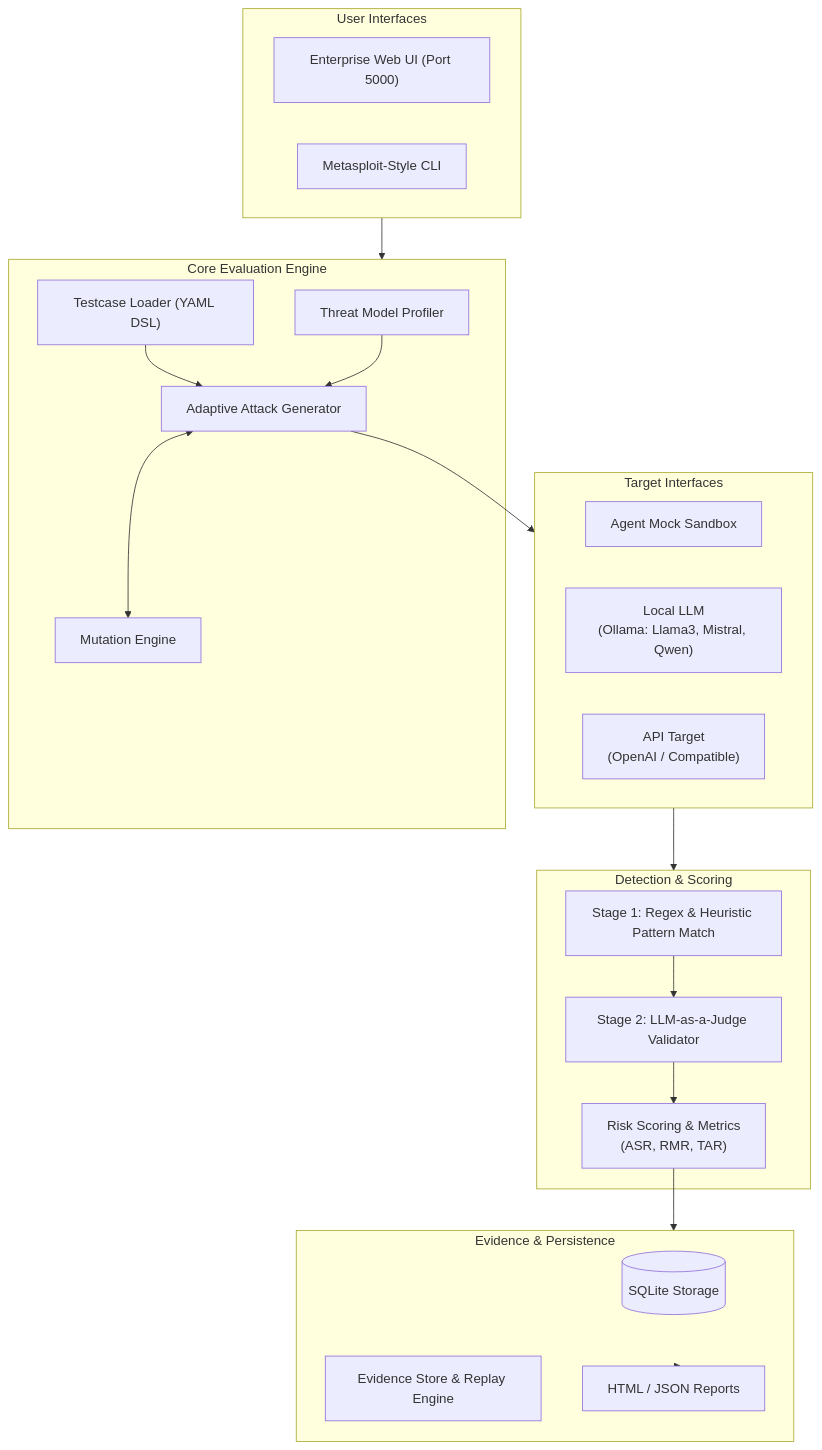
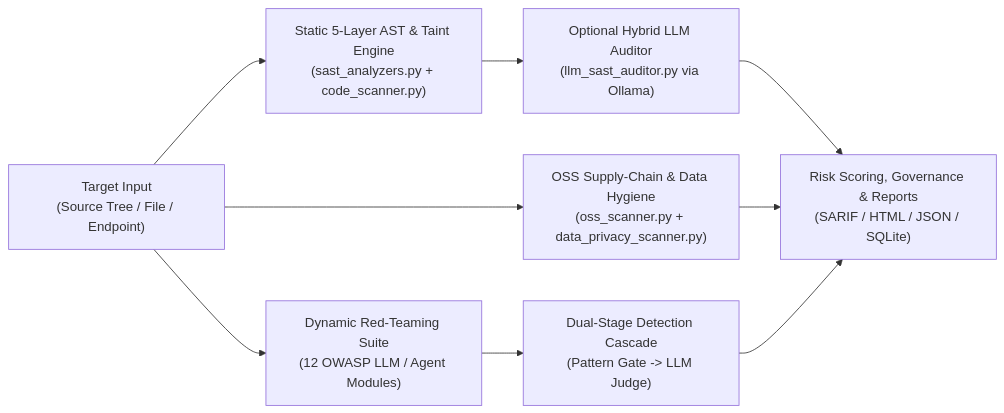
Before and after one commit to HoangHuuPhong39/NCKH: the diagram in README.md, drawn with Mermaid. The commit also changed other lines of this file and 246 other files, not shown here.

````diff
--- a/README.md
+++ b/README.md
@@ -97,43 +14,11 @@
 ```mermaid
-flowchart TD
-    subgraph UI ["User Interfaces"]
-        WEB["Enterprise Web UI (Port 5000)"]
-        CLI["Metasploit-Style CLI"]
-    end
-
-    subgraph CoreEngine ["Core Evaluation Engine"]
-        TM["Threat Model Profiler"]
-        DSL["Testcase Loader (YAML DSL)"]
-        AG["Adaptive Attack Generator"]
-        MUT["Mutation Engine"]
-    end
-
-    subgraph Targets ["Target Interfaces"]
-        SANDBOX["Agent Mock Sandbox"]
-        OLLAMA["Local LLM<br/>(Ollama: Llama3, Mistral, Qwen)"]
-        OPENAI["API Target<br/>(OpenAI / Compatible)"]
-    end
-
-    subgraph Evaluation ["Detection & Scoring"]
-        DET1["Stage 1: Regex & Heuristic Pattern Match"]
-        DET2["Stage 2: LLM-as-a-Judge Validator"]
-        SCORER["Risk Scoring & Metrics<br/>(ASR, RMR, TAR)"]
-    end
-
-    subgraph Storage ["Evidence & Persistence"]
-        DB[("SQLite Storage")]
-        EV["Evidence Store & Replay Engine"]
-        REP["HTML / JSON Reports"]
-    end
-
-    UI --> CoreEngine
-    DSL --> AG
-    TM --> AG
-    AG <--> MUT
-    AG --> Targets
-    Targets --> Evaluation
-    DET1 --> DET2
-    DET2 --> SCORER
-    SCORER --> Storage
-    Storage --> REP
+flowchart LR
+    A["Target Input<br/>(Source Tree / File / Endpoint)"] --> B["Static 5-Layer AST & Taint Engine<br/>(sast_analyzers.py + code_scanner.py)"]
+    B --> C["Optional Hybrid LLM Auditor<br/>(llm_sast_auditor.py via Ollama)"]
+    A --> D["OSS Supply-Chain & Data Hygiene<br/>(oss_scanner.py + data_privacy_scanner.py)"]
+    A --> E["Dynamic Red-Teaming Suite<br/>(12 OWASP LLM / Agent Modules)"]
+    E --> F["Dual-Stage Detection Cascade<br/>(Pattern Gate -> LLM Judge)"]
+    C --> G["Risk Scoring, Governance & Reports<br/>(SARIF / HTML / JSON / SQLite)"]
+    D --> G
+    F --> G
 ```
````
